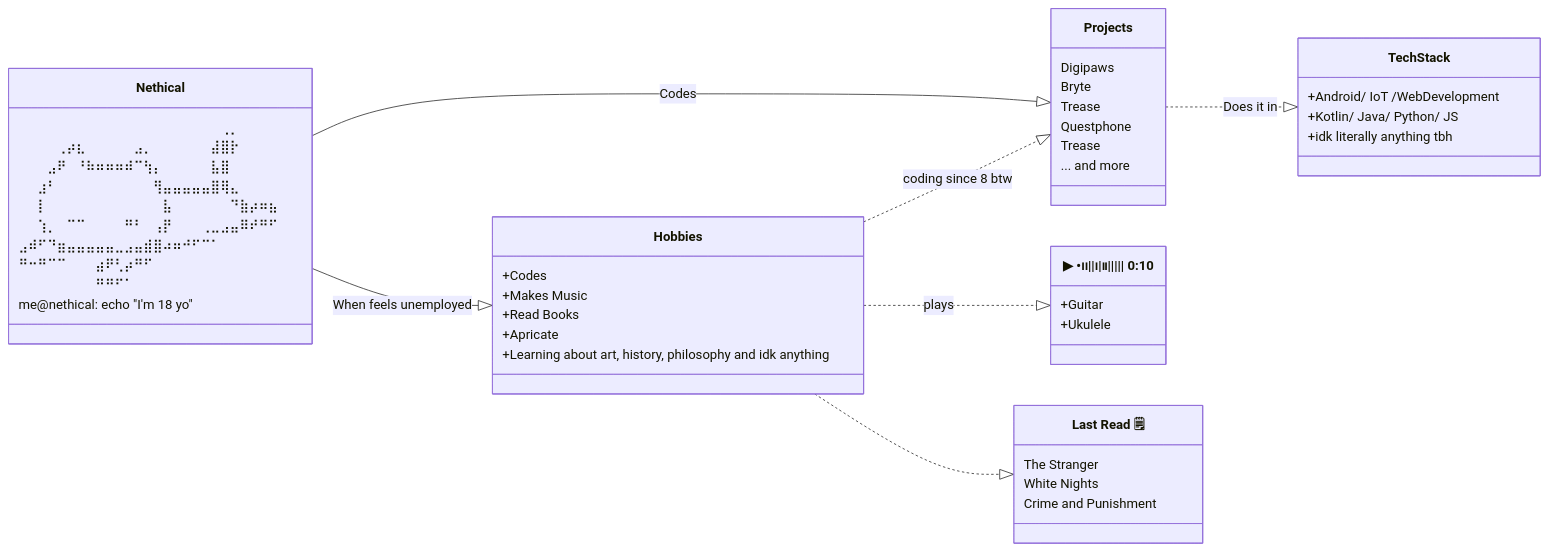
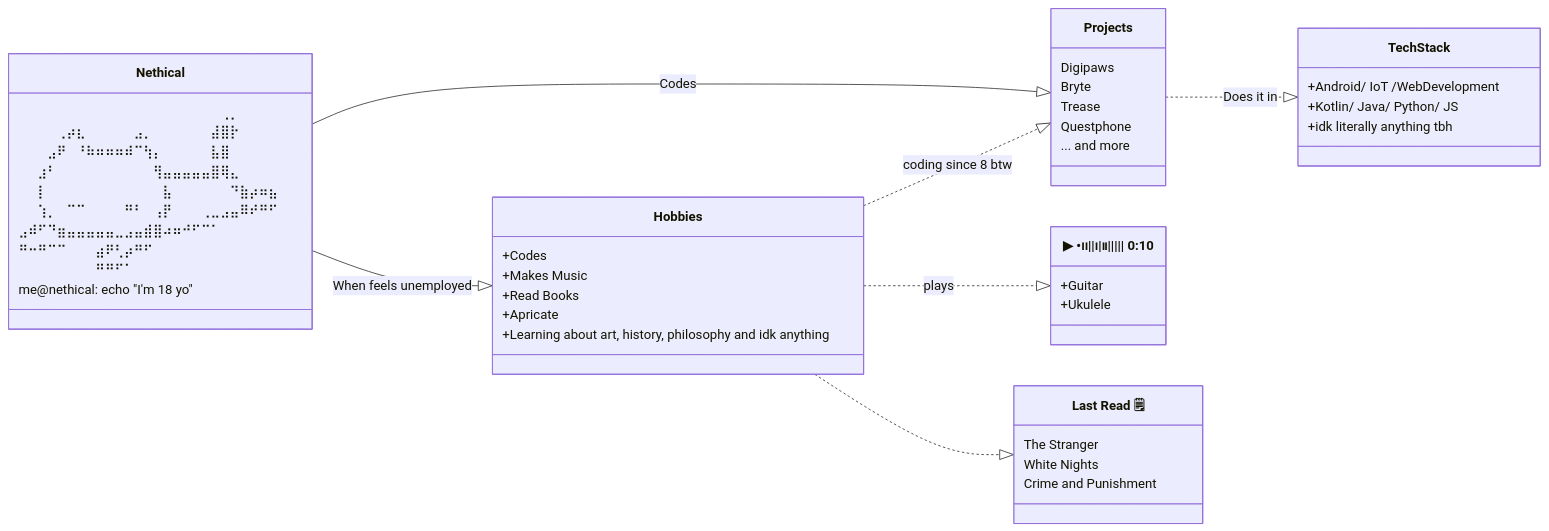
The diagram in README.md (nethical6/nethical6), drawn with Mermaid before and after one commit. The commit also changed other lines of this file, not shown here.

````diff
--- a/README.md
+++ b/README.md
@@ -1,56 +1,55 @@
 ```mermaid
 classDiagram
     direction LR
     class Nethical {
 ⠀⠀⠀⠀⠀⠀⠀⠀⠀⠀⠀⠀⠀⠀⠀⠀⠀⠀⠀⠀⠀⢀⡀⠀⠀⠀⠀
 ⠀⠀⠀⠀⢀⡴⣆⠀⠀⠀⠀⠀⣠⡀⠀⠀⠀⠀⠀⠀⣼⣿⡗⠀⠀⠀⠀
 ⠀⠀⠀⣠⠟⠀⠘⠷⠶⠶⠶⠾⠉⢳⡄⠀⠀⠀⠀⠀⣧⣿⠀⠀⠀⠀⠀
 ⠀⠀⣰⠃⠀⠀⠀⠀⠀⠀⠀⠀⠀⠀⢻⣤⣤⣤⣤⣤⣿⢿⣄⠀⠀⠀⠀
 ⠀⠀⡇⠀⠀⠀⠀⠀⠀⠀⠀⠀⠀⠀⠀⣧⠀⠀⠀⠀⠀⠀⠙⣷⡴⠶⣦
 ⠀⠀⢱⡀⠀⠉⠉⠀⠀⠀⠀⠛⠃⠀⢠⡟⠀⠀⠀⢀⣀⣠⣤⠿⠞⠛⠋
 ⣠⠾⠋⠙⣶⣤⣤⣤⣤⣤⣀⣠⣤⣾⣿⠴⠶⠚⠋⠉⠁⠀⠀⠀⠀⠀⠀
 ⠛⠒⠛⠉⠉⠀⠀⠀⣴⠟⢃⡴⠛⠋⠀⠀⠀⠀⠀⠀⠀⠀⠀⠀⠀⠀⠀
 ⠀⠀⠀⠀⠀⠀⠀⠀⠛⠛⠋⠁⠀⠀⠀⠀⠀⠀⠀⠀⠀⠀⠀⠀⠀⠀⠀
 
         me@nethical: echo "I'm 18 yo" 
     }
     class Projects {
         Digipaws
         Bryte
         Trease
         Questphone
-        Trease
         ... and more
     }  
     class Hobbies {
         +Codes
         +Makes Music
         +Read Books
         +Apricate
         +Learning about art, history, philosophy and idk anything
     }
 
     class Music["▶︎ •၊၊||၊|။||||| 0:10"] {
         +Guitar
         +Ukulele
     }
     class TechStack {
         +Android/ IoT /WebDevelopment
         +Kotlin/ Java/ Python/ JS
         +idk literally anything tbh
     }
 
     class LastRead["Last Read 🗒"] {
         The Stranger
         White Nights
         Crime and Punishment
     }
 
     Nethical --|> Projects : Codes
     Nethical --|> Hobbies : When feels unemployed
 
     Projects ..|> TechStack : Does it in
     Hobbies ..|> Projects : coding since 8 btw 
     Hobbies ..|> Music : plays
     Hobbies ..|> LastRead
 ```
````
